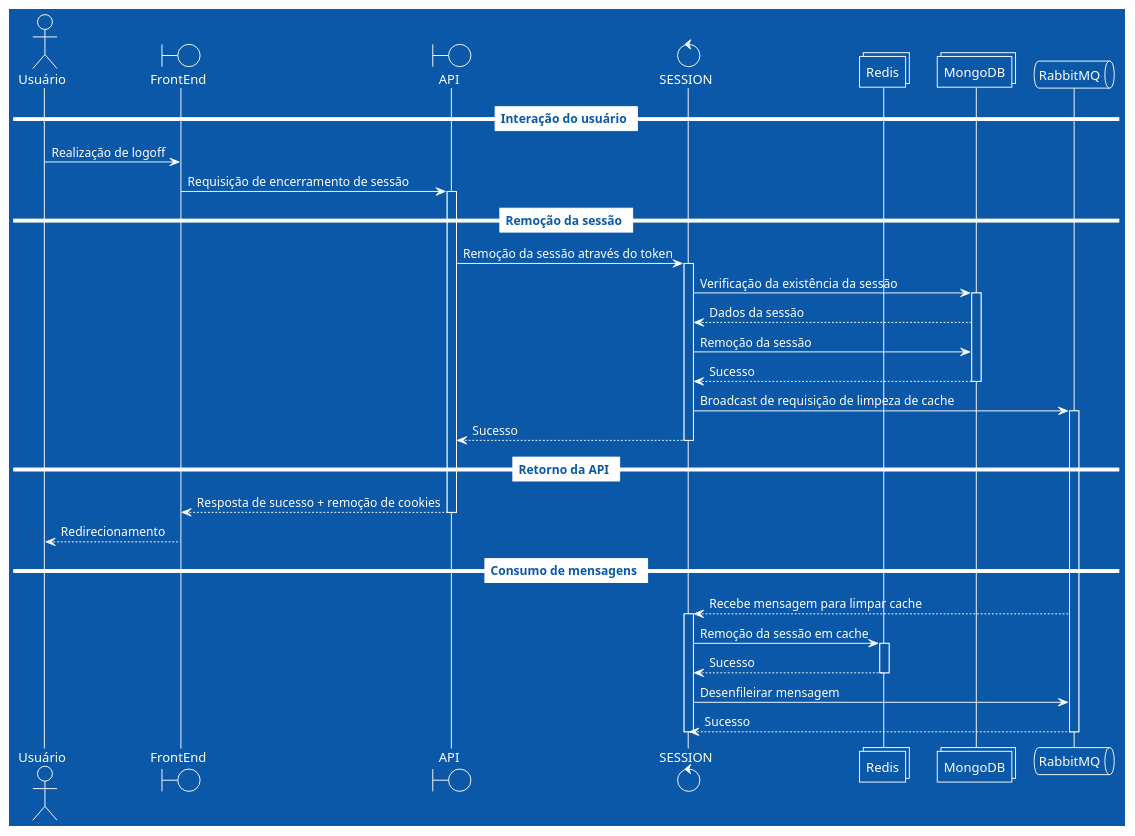
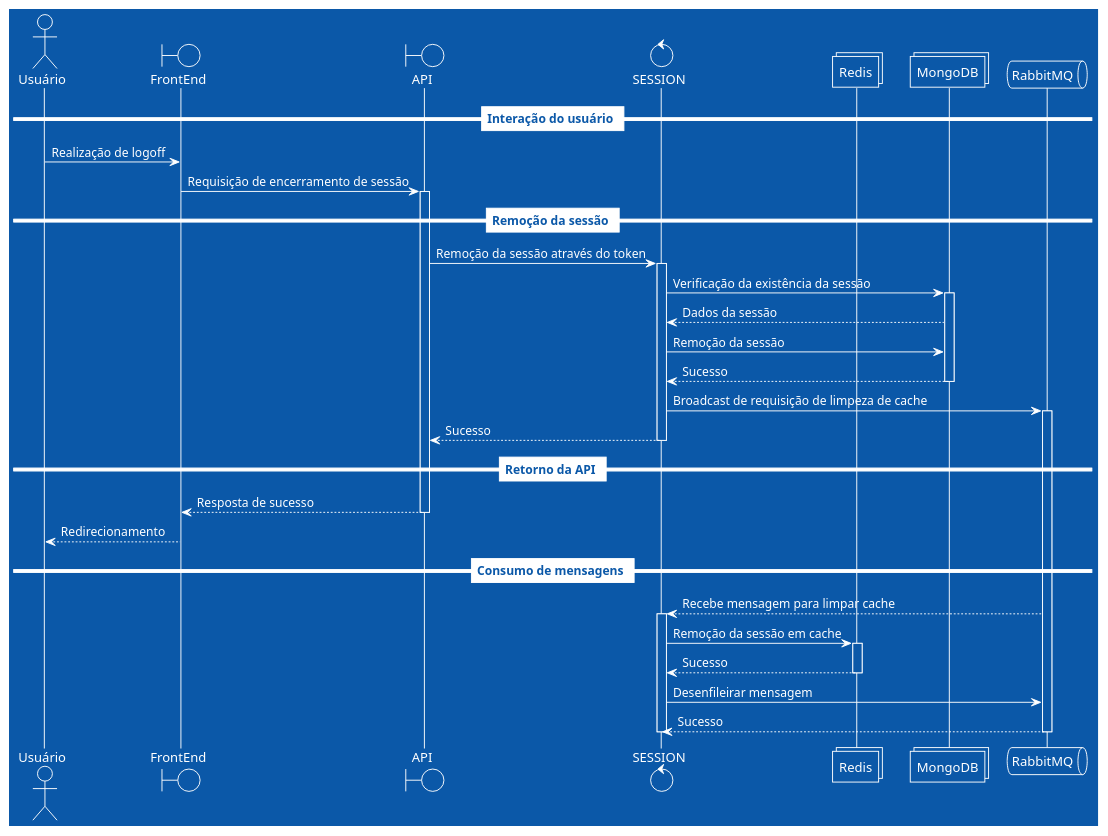
The diagram in docs/src/diagramas/logoff.md (Minerva-System/minerva-system), drawn with PlantUML before and after one commit. The commit also changed 1 other file, not shown here.

Commit message:
Remove mentions of cookies on diagrams

````diff
--- a/docs/src/diagramas/logoff.md
+++ b/docs/src/diagramas/logoff.md
@@ -5,54 +5,54 @@
 ```plantuml
 @startuml
 !theme amiga
 actor       Usuário    as ator
 boundary    FrontEnd   as frontend
 boundary    API        as api
 control     SESSION    as session
 collections Redis      as redis
 collections MongoDB    as mongo
 queue       RabbitMQ   as rmq
 
 == Interação do usuário ==
 
 ator     ->   frontend: Realização de logoff
 frontend ->   api:      Requisição de encerramento de sessão
 activate api
 
 == Remoção da sessão ==
 
 api      ->   session:  Remoção da sessão através do token
 activate session
 session  ->   mongo:    Verificação da existência da sessão
 activate mongo
 session  <--  mongo:    Dados da sessão
 session  ->   mongo:    Remoção da sessão
 session  <--  mongo:    Sucesso
 deactivate mongo
 
 session  ->   rmq:      Broadcast de requisição de limpeza de cache
 activate rmq
 api      <--  session:  Sucesso
 deactivate session
 
 == Retorno da API ==
 
-frontend <--  api:      Resposta de sucesso + remoção de cookies
+frontend <--  api:      Resposta de sucesso
 deactivate api
 ator     <--  frontend: Redirecionamento
 
 == Consumo de mensagens ==
 
 session  <--  rmq:      Recebe mensagem para limpar cache
 activate session
 session  ->   redis:    Remoção da sessão em cache
 activate redis
 session  <--  redis:    Sucesso
 deactivate redis
 session  ->   rmq:      Desenfileirar mensagem
 session  <--  rmq:      Sucesso
 deactivate rmq
 deactivate session
 
 @enduml
 ```
````
